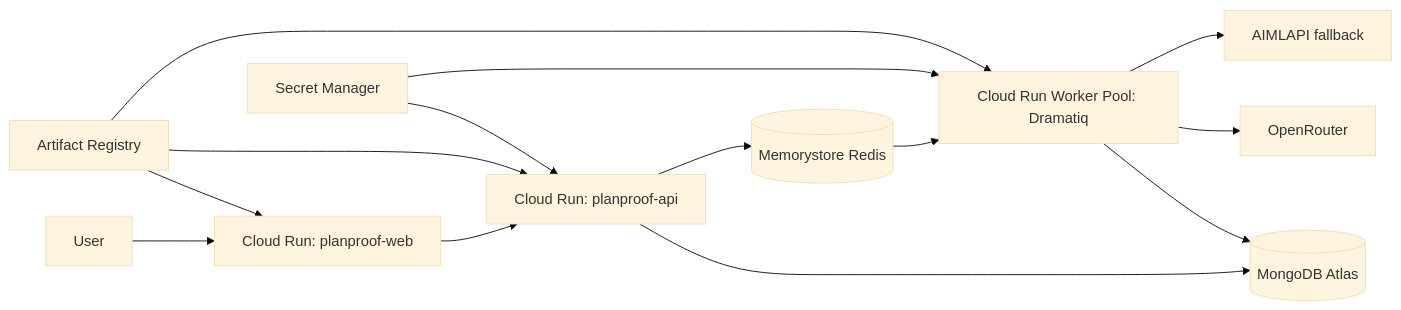
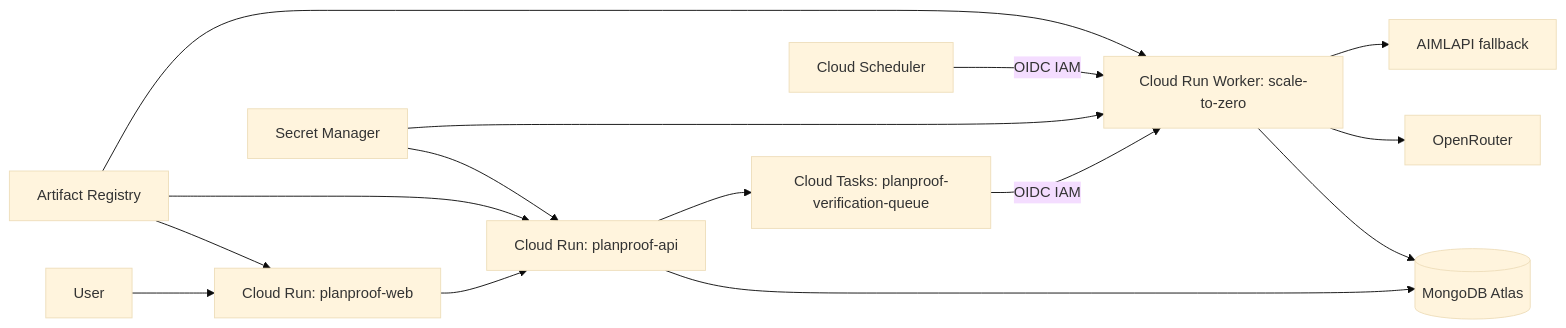
The diagram in docs/DEPLOYMENT_GCP.md (NikhilRaikwar/PlanProof), drawn with Mermaid (base theme) before and after one commit. The commit also changed other lines of this file and 6 other files, not shown here.

First line of the commit message:
docs(infra): document zero-idle GCP production architecture and Redis decommission

````diff
--- a/docs/DEPLOYMENT_GCP.md
+++ b/docs/DEPLOYMENT_GCP.md
@@ -19,16 +20,17 @@
 ```mermaid
 flowchart LR
   User --> Web[Cloud Run: planproof-web]
   Web --> API[Cloud Run: planproof-api]
   API --> Atlas[(MongoDB Atlas)]
-  API --> Redis[(Memorystore Redis)]
-  Redis --> Worker[Cloud Run Worker Pool: Dramatiq]
+  API --> Tasks[Cloud Tasks: planproof-verification-queue]
+  Tasks -- OIDC IAM --> Worker[Cloud Run Worker: scale-to-zero]
+  Scheduler[Cloud Scheduler] -- OIDC IAM --> Worker
   Worker --> Atlas
   Worker --> OpenRouter
   Worker --> AIMLAPI[AIMLAPI fallback]
   Registry[Artifact Registry] --> Web
   Registry --> API
   Registry --> Worker
   Secrets[Secret Manager] --> API
   Secrets --> Worker
 ```
````
